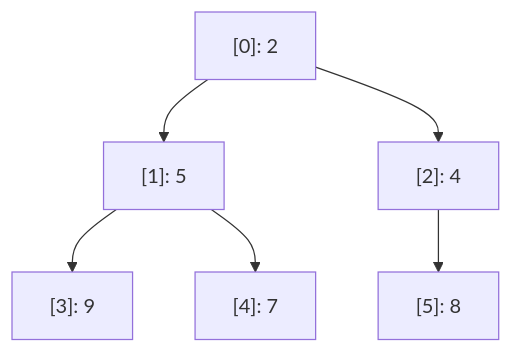
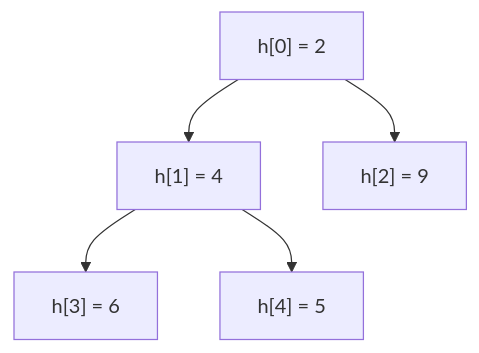
The diagram in content/cursos/n3-estruturas-de-dados-e-algoritmos/06-arvores-e-tabelas-hash/03-heaps-e-filas-de-prioridade.lvl.md (Lip3Bazinga/v0-level-usp-project), drawn with Mermaid before and after one commit. The commit also changed other lines of this file and 4 other files, not shown here.

````diff
--- a/content/cursos/n3-estruturas-de-dados-e-algoritmos/06-arvores-e-tabelas-hash/03-heaps-e-filas-de-prioridade.lvl.md
+++ b/content/cursos/n3-estruturas-de-dados-e-algoritmos/06-arvores-e-tabelas-hash/03-heaps-e-filas-de-prioridade.lvl.md
@@ -31,8 +30,7 @@
 ```mermaid
 flowchart TD
-    I0["[0]: 2"] --> I1["[1]: 5"]
-    I0 --> I2["[2]: 4"]
-    I1 --> I3["[3]: 9"]
-    I1 --> I4["[4]: 7"]
-    I2 --> I5["[5]: 8"]
+    A["h[0] = 2"] --> B["h[1] = 4"]
+    A --> C["h[2] = 9"]
+    B --> D["h[3] = 6"]
+    B --> E["h[4] = 5"]
 ```
````
